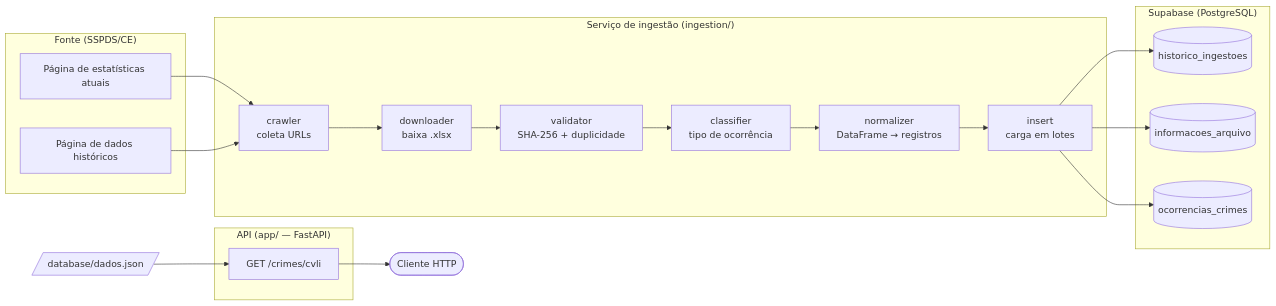
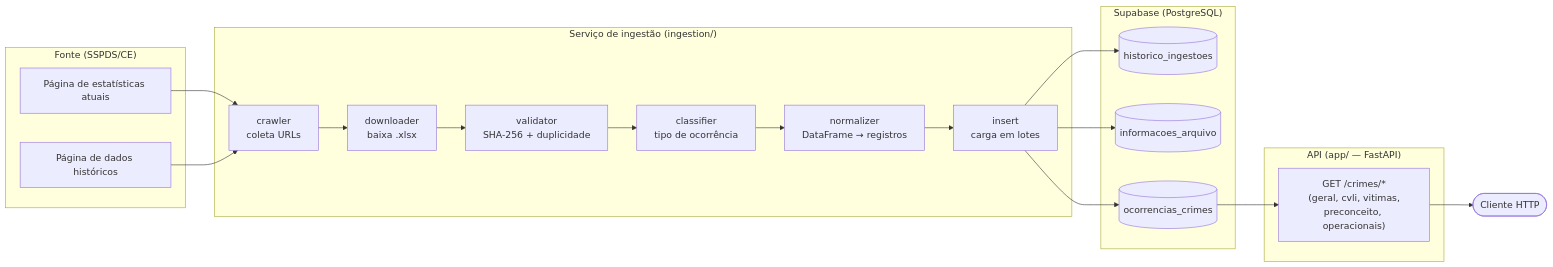
One commit to lucaspbds/api_sspds changed the diagram in README.md. Above: the diagram before and after it, drawn with Mermaid. The commit also changed other lines of this file and 5 other files, not shown here.

````diff
--- a/README.md
+++ b/README.md
@@ -39,33 +39,33 @@
 ```mermaid
 flowchart LR
     subgraph Fonte["Fonte (SSPDS/CE)"]
         P1["Página de estatísticas atuais"]
         P2["Página de dados históricos"]
     end
 
     subgraph Ingestao["Serviço de ingestão (ingestion/)"]
         C["crawler<br/>coleta URLs"] --> D["downloader<br/>baixa .xlsx"]
         D --> V["validator<br/>SHA-256 + duplicidade"]
         V --> K["classifier<br/>tipo de ocorrência"]
         K --> N["normalizer<br/>DataFrame → registros"]
         N --> I["insert<br/>carga em lotes"]
     end
 
     subgraph Banco["Supabase (PostgreSQL)"]
         T1[("historico_ingestoes")]
         T2[("informacoes_arquivo")]
         T3[("ocorrencias_crimes")]
     end
 
     subgraph API["API (app/ — FastAPI)"]
-        R["GET /crimes/cvli"]
+        R["GET /crimes/*<br/>(geral, cvli, vitimas,<br/>preconceito, operacionais)"]
     end
 
     P1 --> C
     P2 --> C
     I --> T1
     I --> T2
     I --> T3
-    J[/"database/dados.json"/] --> R
+    T3 --> R
     R --> U(["Cliente HTTP"])
 ```
````
